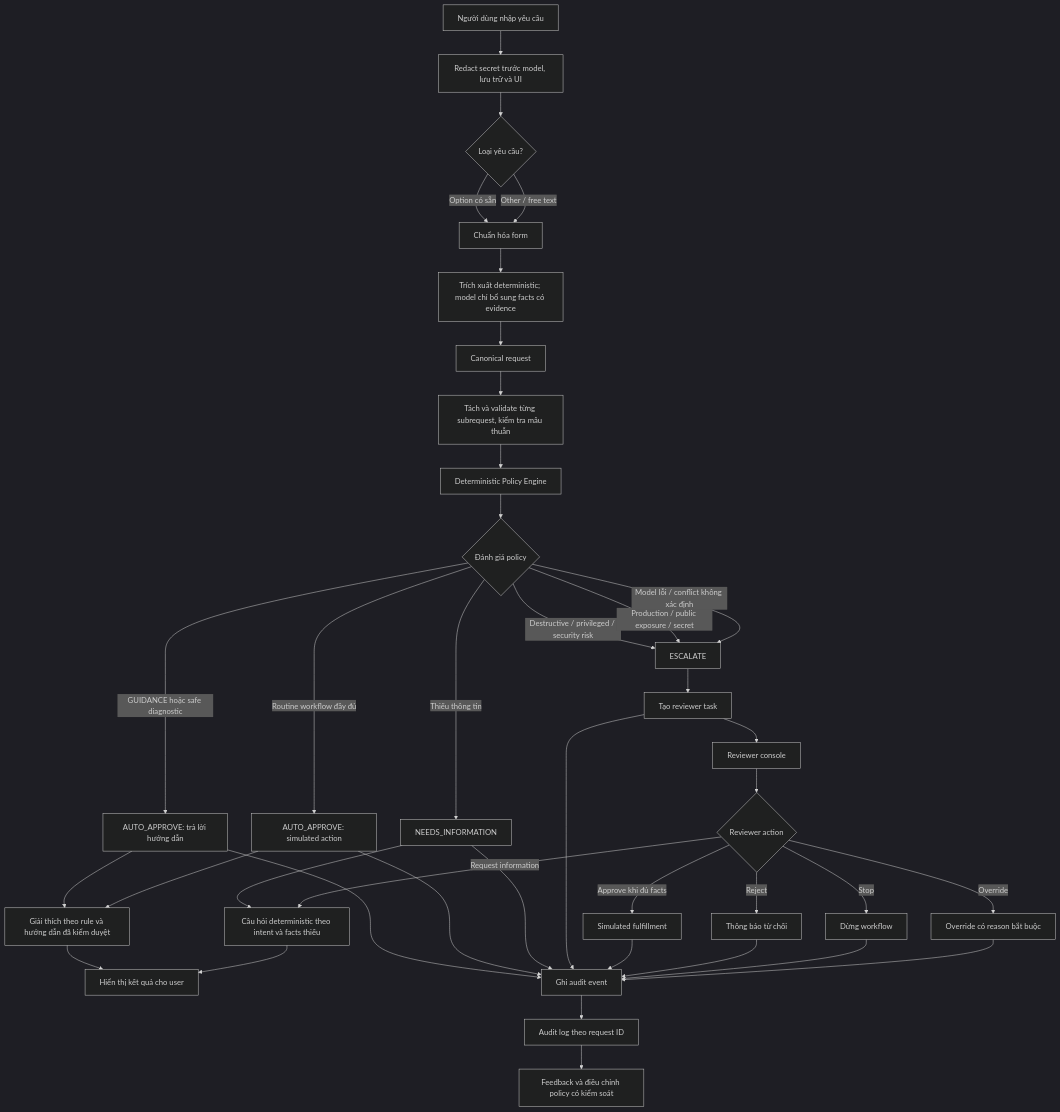
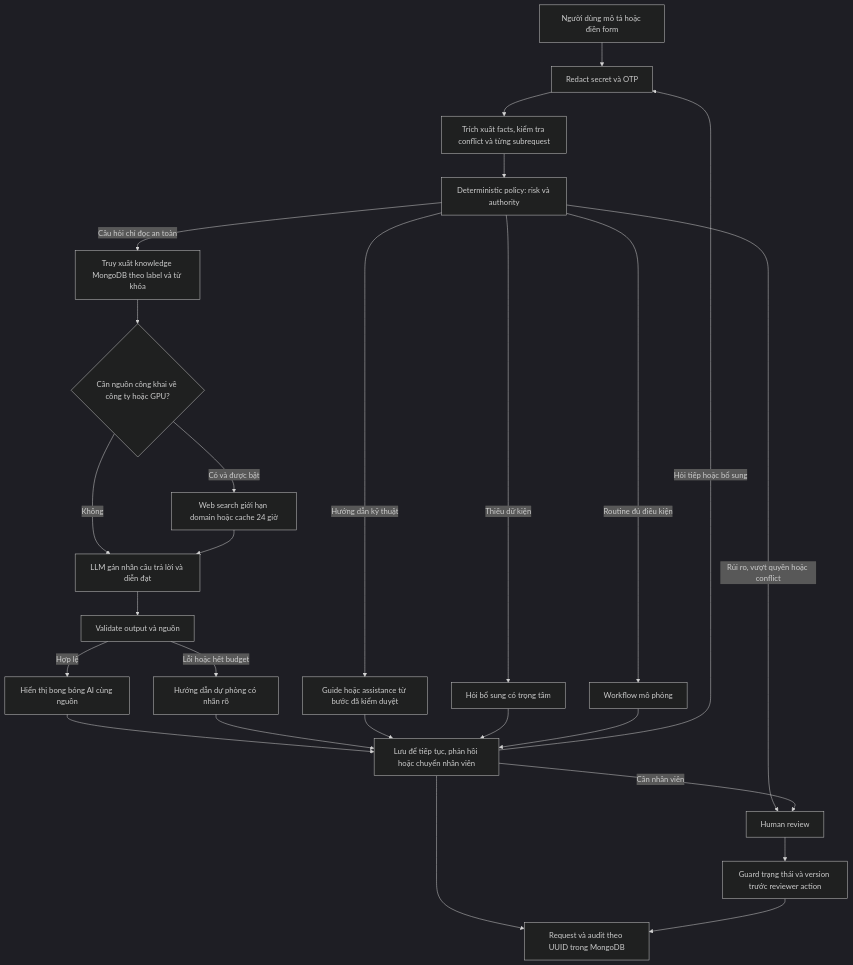
One commit to dakiemdarktharr/DOCRELAY_MLAI2026 changed the diagram in README.md. Above: the diagram before and after it, drawn with Mermaid (dark theme). The commit also changed other lines of this file and 37 other files, not shown here.

````diff
--- a/README.md
+++ b/README.md
@@ -67,42 +30,28 @@
 ```mermaid
 flowchart TD
-  A[Người dùng nhập yêu cầu] --> B[Redact secret trước model, lưu trữ và UI]
-  B --> C{Loại yêu cầu?}
-  C -->|Option có sẵn| D[Chuẩn hóa form]
-  C -->|Other / free text| D
-  D --> E[Trích xuất deterministic; model chỉ bổ sung facts có evidence]
-  E --> F[Canonical request]
-  F --> G[Tách và validate từng subrequest, kiểm tra mâu thuẫn]
-  G --> H[Deterministic Policy Engine]
-  H --> I{Đánh giá policy}
-  I -->|GUIDANCE hoặc safe diagnostic| J[AUTO_APPROVE: trả lời hướng dẫn]
-  I -->|Routine workflow đầy đủ| K[AUTO_APPROVE: simulated action]
-  I -->|Thiếu thông tin| L[NEEDS_INFORMATION]
-  I -->|Destructive / privileged / security risk| M[ESCALATE]
-  I -->|Production / public exposure / secret| M
-  I -->|Model lỗi / conflict không xác định| M
-  J --> N[Giải thích theo rule và hướng dẫn đã kiểm duyệt]
-  K --> N
-  L --> O[Câu hỏi deterministic theo intent và facts thiếu]
-
-  M --> P[Tạo reviewer task]
-  N --> Q[Hiển thị kết quả cho user]
-  O --> Q
-  P --> R[Reviewer console]
-  R --> S{Reviewer action}
-  S -->|Approve khi đủ facts| T[Simulated fulfillment]
-  S -->|Reject| U[Thông báo từ chối]
-  S -->|Stop| V[Dừng workflow]
-  S -->|Override| W[Override có reason bắt buộc]
-  S -->|Request information| O
-  J --> X[Ghi audit event]
-  K --> X
-  L --> X
-  P --> X
-  T --> X
-  U --> X
-  V --> X
-  W --> X
-  X --> Y[Audit log theo request ID]
-  Y --> Z[Feedback và điều chỉnh policy có kiểm soát]
+  A[Người dùng mô tả hoặc điền form] --> B[Redact secret và OTP]
+  B --> C[Trích xuất facts, kiểm tra conflict và từng subrequest]
+  C --> D[Deterministic policy: risk và authority]
+  D -->|Câu hỏi chỉ đọc an toàn| E[Truy xuất knowledge MongoDB theo label và từ khóa]
+  E --> F{Cần nguồn công khai về công ty hoặc GPU?}
+  F -->|Có và được bật| G[Web search giới hạn domain hoặc cache 24 giờ]
+  F -->|Không| H[LLM gán nhãn câu trả lời và diễn đạt]
+  G --> H
+  H --> I[Validate output và nguồn]
+  I -->|Hợp lệ| J[Hiển thị bong bóng AI cùng nguồn]
+  I -->|Lỗi hoặc hết budget| K[Hướng dẫn dự phòng có nhãn rõ]
+  D -->|Hướng dẫn kỹ thuật| L[Guide hoặc assistance từ bước đã kiểm duyệt]
+  D -->|Thiếu dữ kiện| M[Hỏi bổ sung có trọng tâm]
+  D -->|Routine đủ điều kiện| N[Workflow mô phỏng]
+  D -->|Rủi ro, vượt quyền hoặc conflict| O[Human review]
+  J --> P[Lưu để tiếp tục, phản hồi hoặc chuyển nhân viên]
+  K --> P
+  L --> P
+  M --> P
+  N --> P
+  P -->|Hỏi tiếp hoặc bổ sung| B
+  P -->|Cần nhân viên| O
+  O --> Q[Guard trạng thái và version trước reviewer action]
+  P --> R[Request và audit theo UUID trong MongoDB]
+  Q --> R
 ```
````
